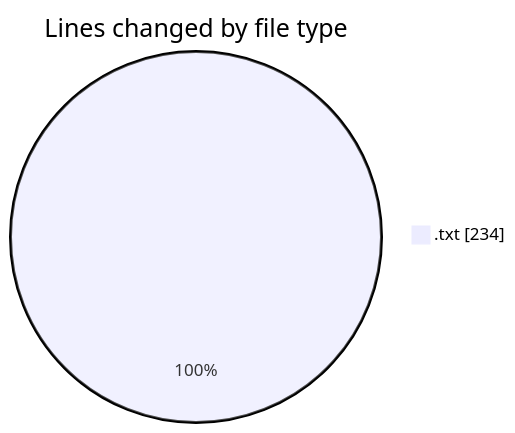
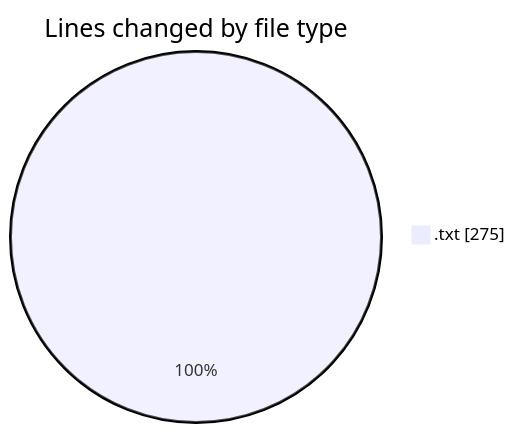
The first of 2 diagrams in 2026-10-06/cilapp/README.md (ricardozamudiocil/code-tracking), drawn with Mermaid before and after one commit. The commit also changed other lines of this file and 1 other file, not shown here.

````diff
--- a/2026-10-06/cilapp/README.md
+++ b/2026-10-06/cilapp/README.md
@@ -23,5 +24,5 @@
 ```mermaid
 pie showData
 title Lines changed by file type
-".txt" : 234
+".txt" : 275
 ```
````
